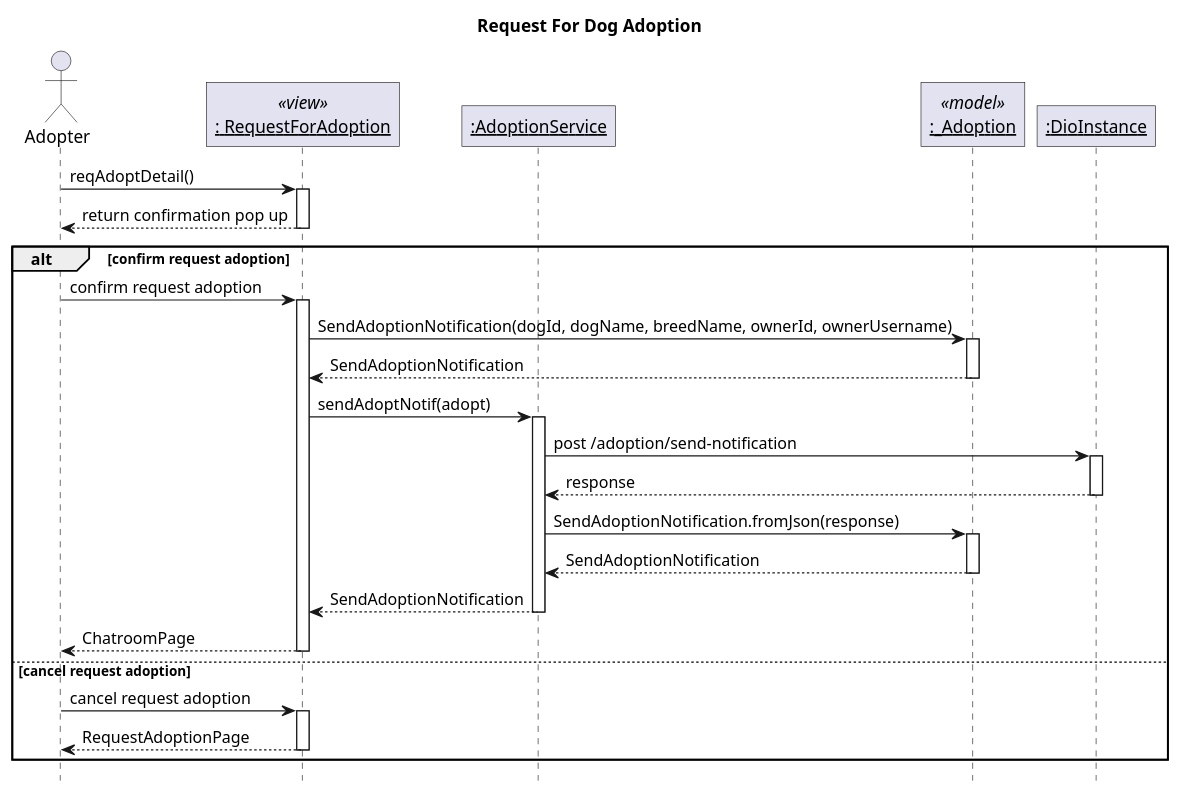
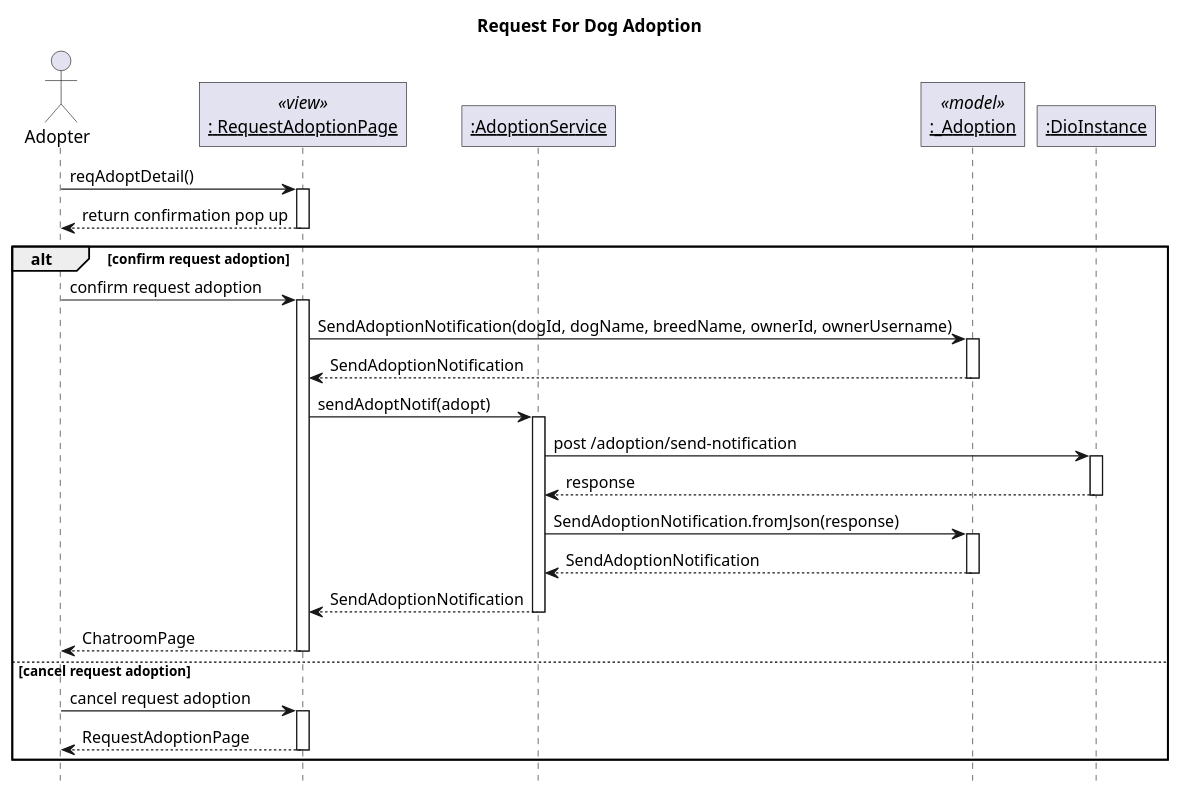
The diagram in lib/plantuml/adoption/request to adopt.puml (sharoncedila/FO_woofers), drawn with PlantUML before and after one commit. The commit also changed 26 other files, not shown here.

```diff
--- a/lib/plantuml/adoption/request to adopt.puml
+++ b/lib/plantuml/adoption/request to adopt.puml
@@ -1,37 +1,37 @@
 @startuml Request For Dog Adoption
 ' Global param
 title  Request For Dog Adoption
 autoactivate on
 
 ' Global style configuration
 skinparam RoundCorner 0
 hide footbox
 
 ' Sequence participant configuration
 actor "Adopter" as User
-participant "__: RequestForAdoption__" as  Page <<view>>
+participant "__: RequestAdoptionPage__" as  Page <<view>>
 participant "__:AdoptionService__" as Service
 participant "__:_Adoption__" as Model <<model>>
 participant "__:DioInstance__" as Dio
 
 
 ' Sequence diagram
 User -> Page: reqAdoptDetail()
 User <-- Page: return confirmation pop up
 alt confirm request adoption
 User -> Page: confirm request adoption
 Page -> Model: SendAdoptionNotification(dogId, dogName, breedName, ownerId, ownerUsername)
 Page <-- Model: SendAdoptionNotification
 Page -> Service: sendAdoptNotif(adopt)
 Service -> Dio: post /adoption/send-notification
 Service <-- Dio: response
 Service -> Model: SendAdoptionNotification.fromJson(response)
 Service <-- Model: SendAdoptionNotification
 Page <-- Service: SendAdoptionNotification
 User <-- Page: ChatroomPage
 else cancel request adoption
 User -> Page: cancel request adoption
 User <-- Page: RequestAdoptionPage
 end
 
 @enduml
```
